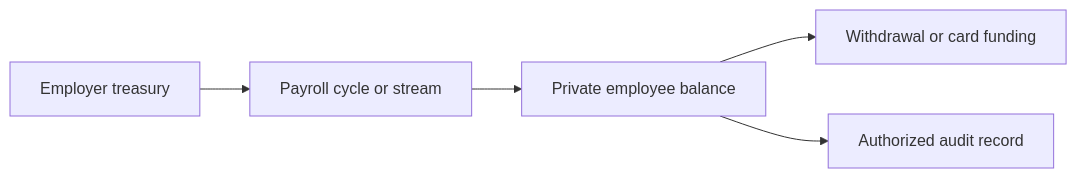
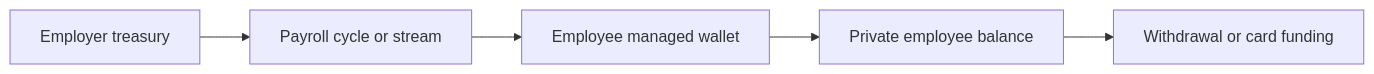
The diagram in integration-guides/private-payroll-flows.mdx (Polynom-Labs/docs), drawn with Mermaid before and after one commit. The commit also changed other lines of this file and 32 other files, not shown here.

````diff
--- a/integration-guides/private-payroll-flows.mdx
+++ b/integration-guides/private-payroll-flows.mdx
@@ -12,13 +12,13 @@
 ```mermaid
 flowchart LR
   employer["Employer treasury"]
   payroll["Payroll cycle or stream"]
+  wallet["Employee managed wallet"]
   private["Private employee balance"]
   payout["Withdrawal or card funding"]
-  audit["Authorized audit record"]
 
   employer --> payroll
-  payroll --> private
+  payroll --> wallet
+  wallet --> private
   private --> payout
-  private --> audit
 ```
````
